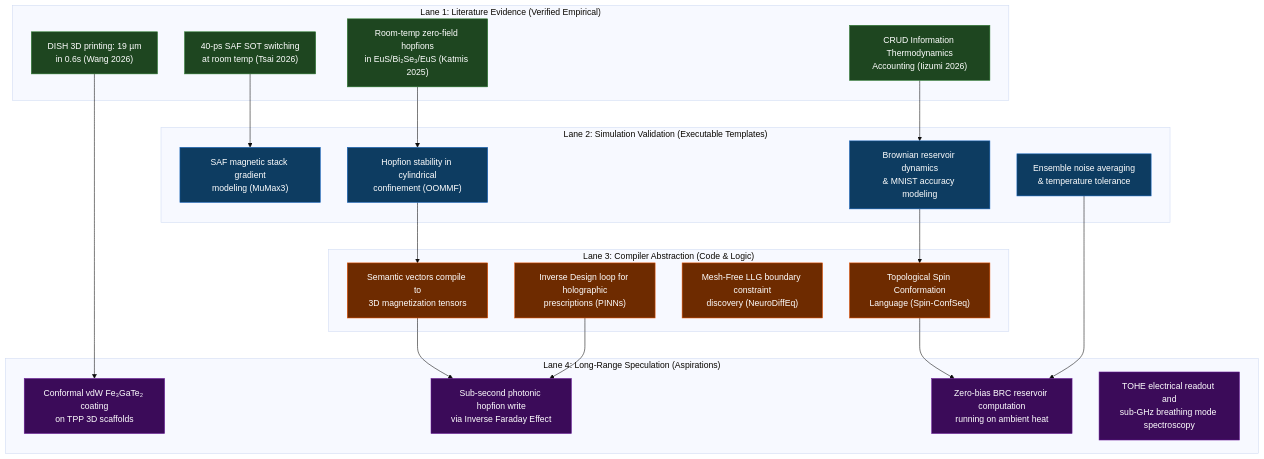
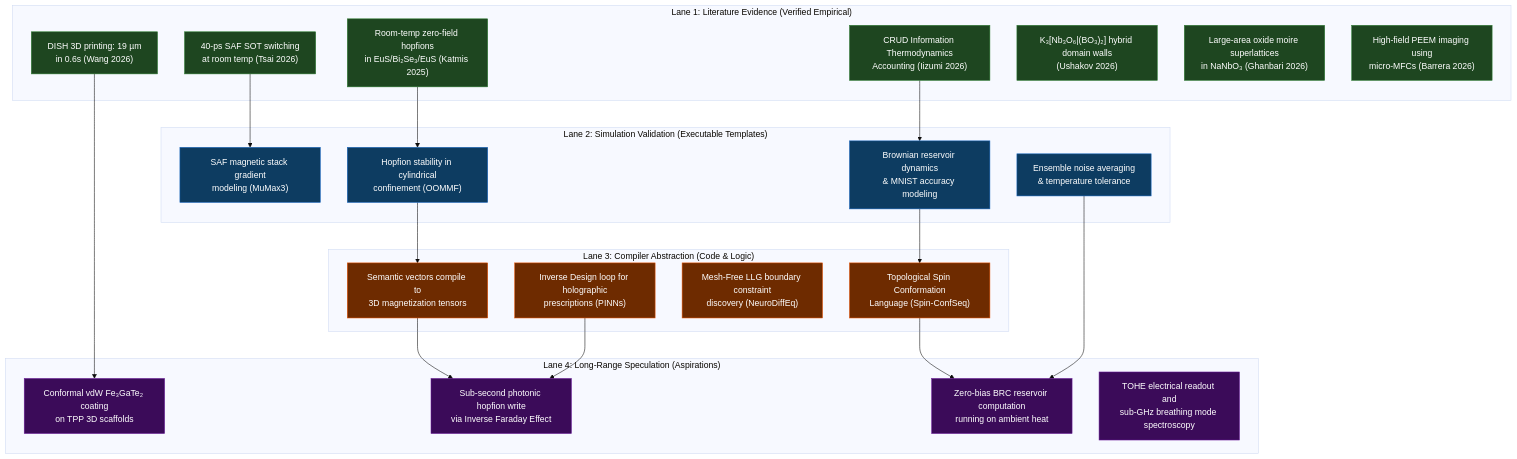
The diagram in app/src/content/docs/current/claims-matrix.mdx (myrqyry/HELIOS-3D), drawn with Mermaid (base theme) before and after one commit. The commit also changed other lines of this file and 10 other files, not shown here.

Commit message:
docs: ingest NaNbO3 twistronics and high-field PEEM imaging research

````diff
--- a/app/src/content/docs/current/claims-matrix.mdx
+++ b/app/src/content/docs/current/claims-matrix.mdx
@@ -17,48 +17,51 @@
 ```mermaid
 graph TD
     %% Define Styles
     classDef lit fill:#1e4620,stroke:#2e7d32,color:#fff;
     classDef sim fill:#0d3c61,stroke:#1565c0,color:#fff;
     classDef comp fill:#6e2b00,stroke:#e65100,color:#fff;
     classDef spec fill:#3b0b59,stroke:#6a1b9a,color:#fff;
 
     subgraph Literature_Evidence ["Lane 1: Literature Evidence (Verified Empirical)"]
         L1["Room-temp zero-field hopfions<br>in EuS/Bi₂Se₃/EuS (Katmis 2025)"]:::lit
         L2["40-ps SAF SOT switching<br>at room temp (Tsai 2026)"]:::lit
         L3["DISH 3D printing: 19 µm<br>in 0.6s (Wang 2026)"]:::lit
         L4["CRUD Information Thermodynamics<br>Accounting (Iizumi 2026)"]:::lit
+        L5["K₃[Nb₃O₆|(BO₃)₂] hybrid domain walls<br>(Ushakov 2026)"]:::lit
+        L6["Large-area oxide moire superlattices<br>in NaNbO₃ (Ghanbari 2026)"]:::lit
+        L7["High-field PEEM imaging using<br>micro-MFCs (Barrera 2026)"]:::lit
     end
 
     subgraph Simulation_Validation ["Lane 2: Simulation Validation (Executable Templates)"]
         S1["SAF magnetic stack gradient<br>modeling (MuMax3)"]:::sim
         S2["Hopfion stability in cylindrical<br>confinement (OOMMF)"]:::sim
         S3["Brownian reservoir dynamics<br>& MNIST accuracy modeling"]:::sim
         S4["Ensemble noise averaging<br>& temperature tolerance"]:::sim
     end
 
     subgraph Compiler_Abstraction ["Lane 3: Compiler Abstraction (Code & Logic)"]
         C1["Semantic vectors compile to<br>3D magnetization tensors"]:::comp
         C2["Topological Spin Conformation<br>Language (Spin-ConfSeq)"]:::comp
         C3["Mesh-Free LLG boundary constraint<br>discovery (NeuroDiffEq)"]:::comp
         C4["Inverse Design loop for holographic<br>prescriptions (PINNs)"]:::comp
     end
 
     subgraph Hardware_Speculation ["Lane 4: Long-Range Speculation (Aspirations)"]
         H1["Conformal vdW Fe₃GaTe₂ coating<br>on TPP 3D scaffolds"]:::spec
         H2["Sub-second photonic hopfion write<br>via Inverse Faraday Effect"]:::spec
         H3["Zero-bias BRC reservoir computation<br>running on ambient heat"]:::spec
         H4["TOHE electrical readout and<br>sub-GHz breathing mode spectroscopy"]:::spec
     end
 
     %% Connect lanes logically to show progression
     L1 --> S2
     L2 --> S1
     L3 --> H1
     L4 --> S3
     S2 --> C1
     S3 --> C2
     C1 --> H2
     C2 --> H3
     S4 --> H3
     C4 --> H2
 ```
````
